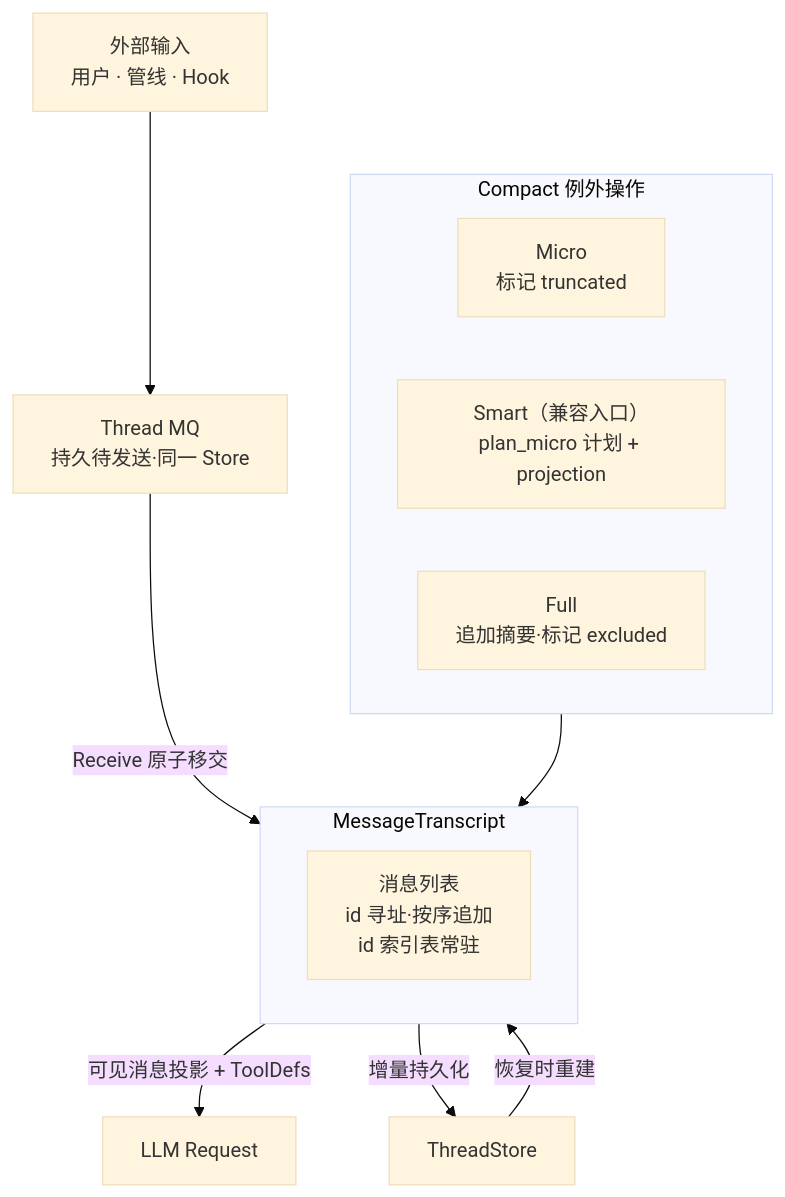
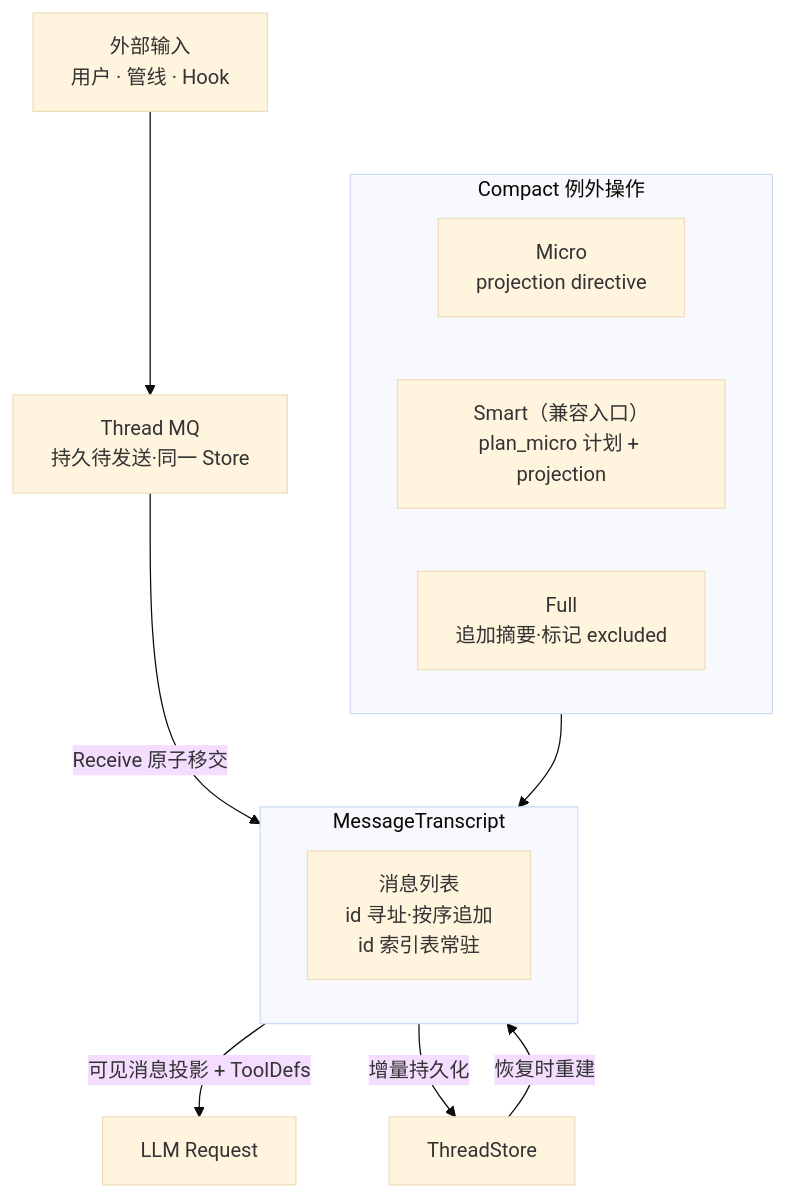
The diagram in docs/design/message-transcript.md (KonghaYao/peri), drawn with Mermaid (base theme) before and after one commit. The commit also changed other lines of this file and 52 other files, not shown here.

````diff
--- a/docs/design/message-transcript.md
+++ b/docs/design/message-transcript.md
@@ -22,24 +22,24 @@
 ```mermaid
 graph TB
     EXT["外部输入<br/>用户 · 管线 · Hook"]
     EXT --> MQ
 
     MQ["Thread MQ<br/>持久待发送·同一 Store"] -->|"Receive 原子移交"| TRANSCRIPT
 
     subgraph TRANSCRIPT["MessageTranscript"]
         MSGS["消息列表<br/>id 寻址·按序追加<br/>id 索引表常驻"]
     end
 
     TRANSCRIPT -->|"可见消息投影 + ToolDefs"| LLM["LLM Request"]
     TRANSCRIPT -->|"增量持久化"| PERSIST["ThreadStore"]
 
     subgraph COMPACT["Compact 例外操作"]
-        MICRO["Micro<br/>标记 truncated"]
+        MICRO["Micro<br/>projection directive"]
         SMART["Smart（兼容入口）<br/>plan_micro 计划 + projection"]
         FULL["Full<br/>追加摘要·标记 excluded"]
     end
 
     COMPACT --> TRANSCRIPT
 
     PERSIST -->|"恢复时重建"| TRANSCRIPT
 ```
````
